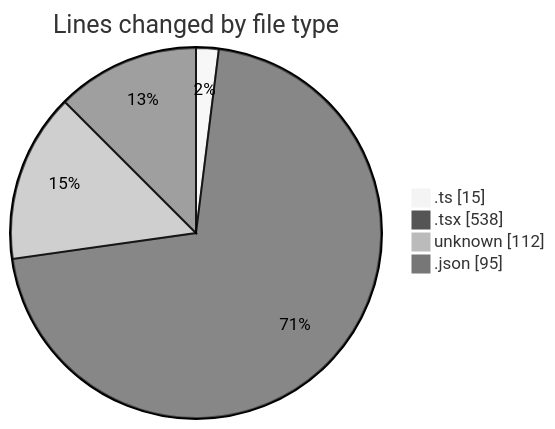
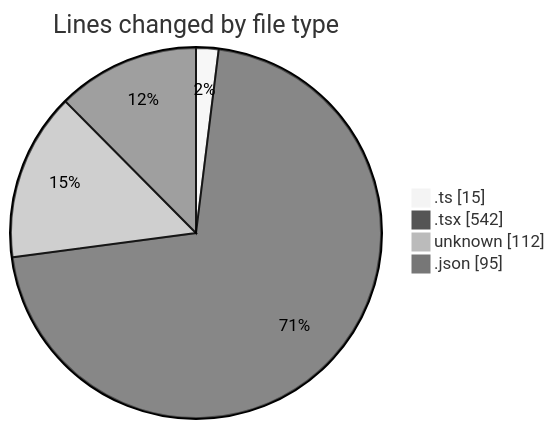
Before and after one commit to momahboobian/code-tracking: the first of 2 diagrams in 2026-04-29/cda/README.md, drawn with Mermaid (neutral theme). The commit also changed other lines of this file and 1 other file, not shown here.

````diff
--- a/2026-04-29/cda/README.md
+++ b/2026-04-29/cda/README.md
@@ -28,8 +28,8 @@
 ```mermaid
 pie showData
 title Lines changed by file type
 ".ts" : 15
-".tsx" : 538
+".tsx" : 542
 "unknown" : 112
 ".json" : 95
 ```
````
